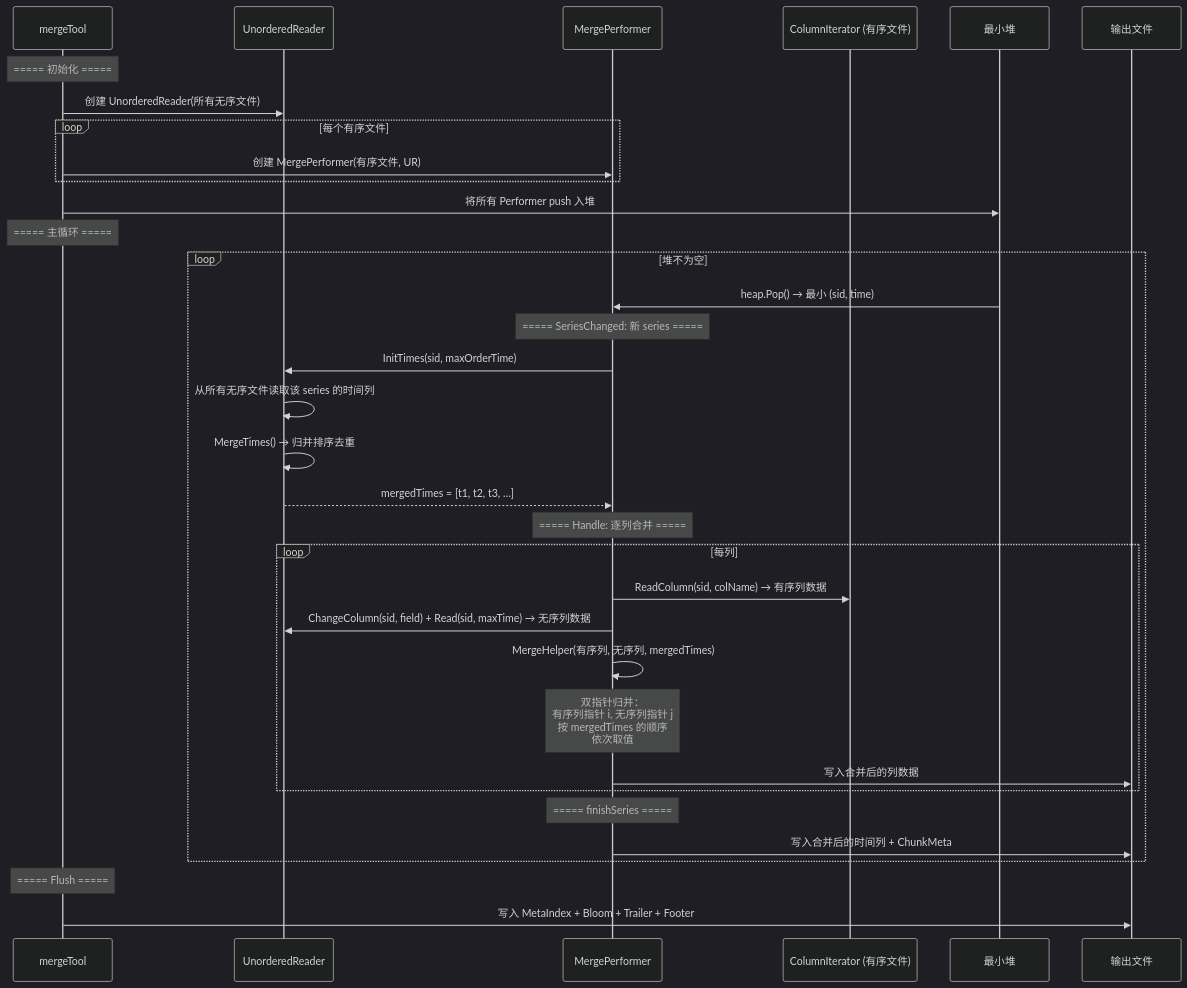
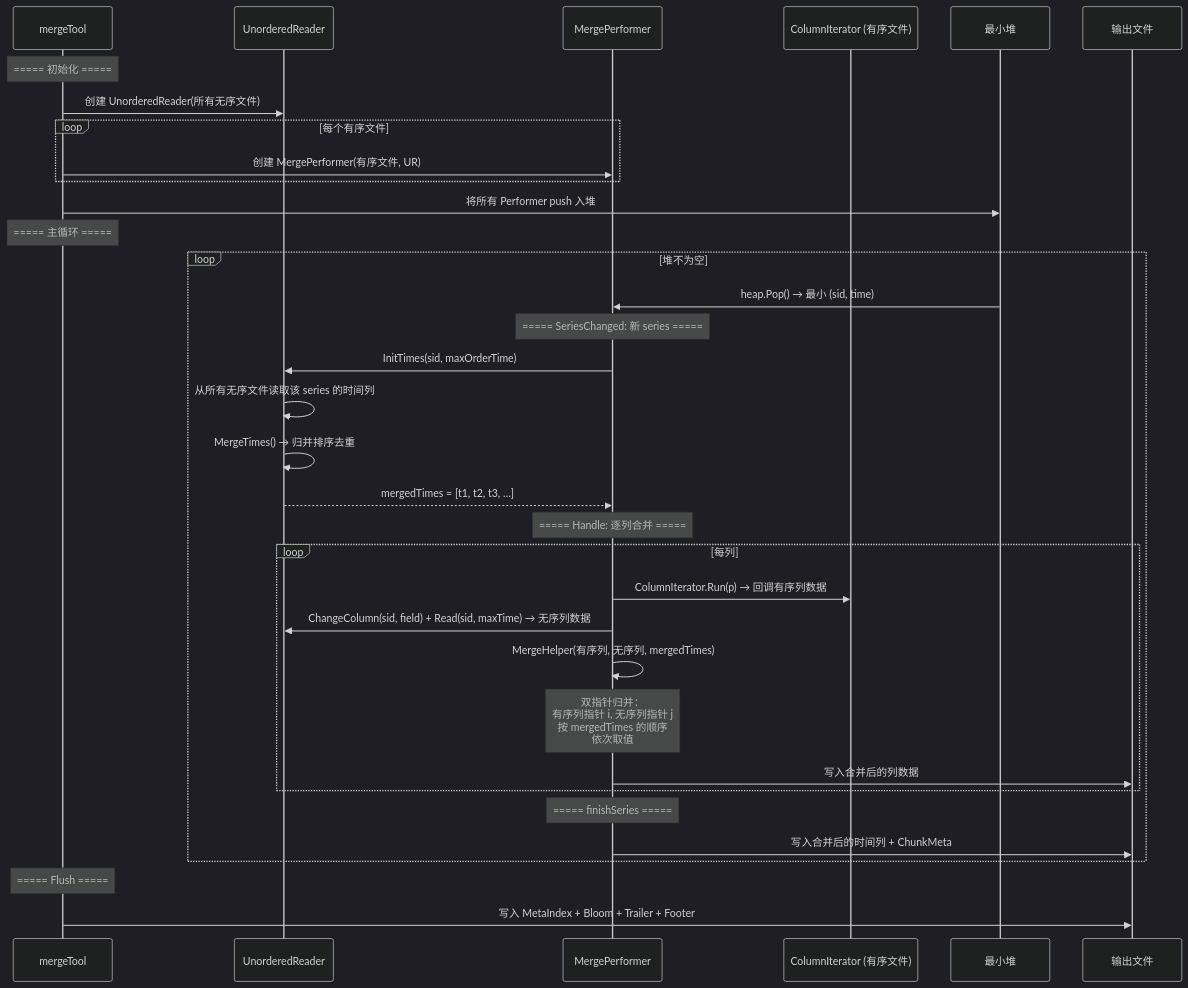
Diagram 33 of 33 in docs/specs/04_background_tasks_spec.md (stefanv5/openGemini), drawn with Mermaid (dark theme) before and after one commit. The commit also changed other lines of this file and 37 other files, not shown here.

````diff
--- a/docs/specs/04_background_tasks_spec.md
+++ b/docs/specs/04_background_tasks_spec.md
@@ -3898,42 +4058,42 @@
 ```mermaid
 sequenceDiagram
     participant Merge as mergeTool
     participant UR as UnorderedReader
     participant MP as MergePerformer
     participant CI as ColumnIterator (有序文件)
     participant Heap as 最小堆
     participant Out as 输出文件
 
     Note over Merge: ===== 初始化 =====
     Merge->>UR: 创建 UnorderedReader(所有无序文件)
     loop 每个有序文件
         Merge->>MP: 创建 MergePerformer(有序文件, UR)
     end
     Merge->>Heap: 将所有 Performer push 入堆
 
     Note over Merge: ===== 主循环 =====
     loop 堆不为空
         Heap->>MP: heap.Pop() → 最小 (sid, time)
 
         Note over MP: ===== SeriesChanged: 新 series =====
         MP->>UR: InitTimes(sid, maxOrderTime)
         UR->>UR: 从所有无序文件读取该 series 的时间列
         UR->>UR: MergeTimes() → 归并排序去重
         UR-->>MP: mergedTimes = [t1, t2, t3, …]
 
         Note over MP: ===== Handle: 逐列合并 =====
         loop 每列
-            MP->>CI: ReadColumn(sid, colName) → 有序列数据
+            MP->>CI: ColumnIterator.Run(p) → 回调有序列数据
             MP->>UR: ChangeColumn(sid, field) + Read(sid, maxTime) → 无序列数据
             MP->>MP: MergeHelper(有序列, 无序列, mergedTimes)
             Note over MP: 双指针归并：<br/>有序列指针 i, 无序列指针 j<br/>按 mergedTimes 的顺序<br/>依次取值
             MP->>Out: 写入合并后的列数据
         end
 
         Note over MP: ===== finishSeries =====
         MP->>Out: 写入合并后的时间列 + ChunkMeta
     end
 
     Note over Merge: ===== Flush =====
     Merge->>Out: 写入 MetaIndex + Bloom + Trailer + Footer
 ```
````
